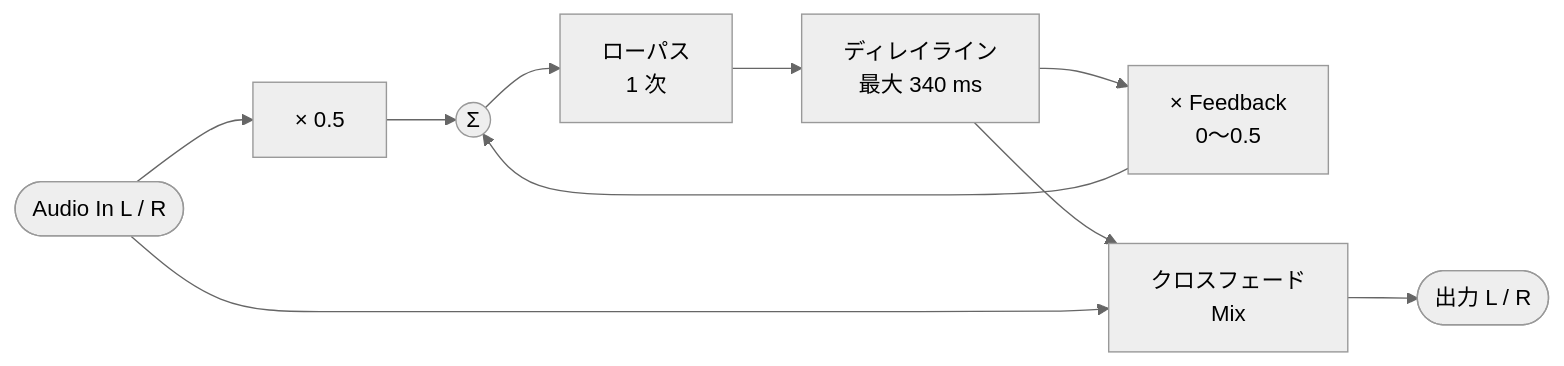
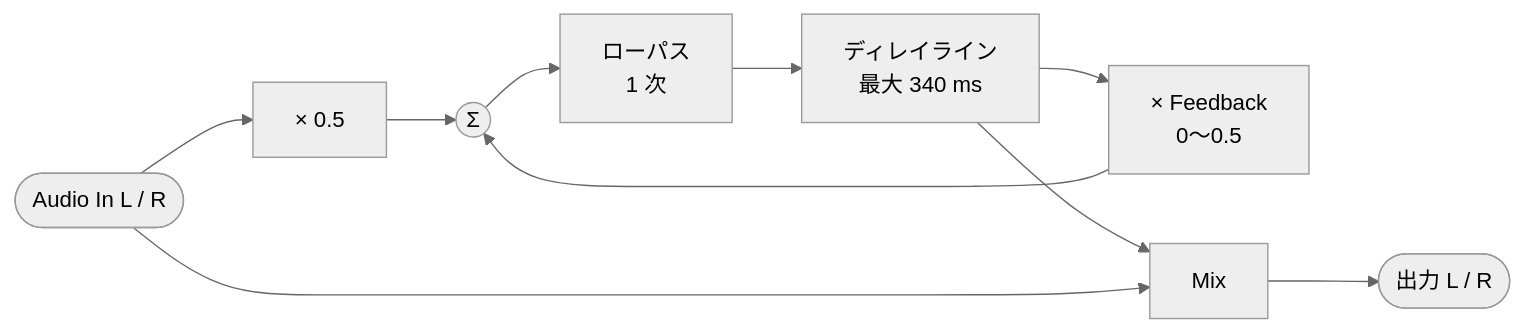
One commit to risgk/midi_synthesizer_spms1 changed the fifth of 5 diagrams in spms1_type2/spms1_patching.ja.md. Above: the diagram before and after it, drawn with Mermaid (neutral theme). The commit also changed other lines of this file and 4 other files, not shown here.

````diff
--- a/spms1_type2/spms1_patching.ja.md
+++ b/spms1_type2/spms1_patching.ja.md
@@ -212,12 +212,12 @@
 ```mermaid
 flowchart LR
   IN([Audio In L / R]) --> H["× 0.5"]
   H --> SUM((Σ))
   SUM --> LPF["ローパス<br/>1 次"]
   LPF --> DL["ディレイライン<br/>最大 340 ms"]
   DL --> FB["× Feedback<br/>0〜0.5"]
   FB --> SUM
-  DL --> X["クロスフェード<br/>Mix"]
+  DL --> X["Mix"]
   IN --> X
   X --> OUT([出力 L / R])
 ```
````
